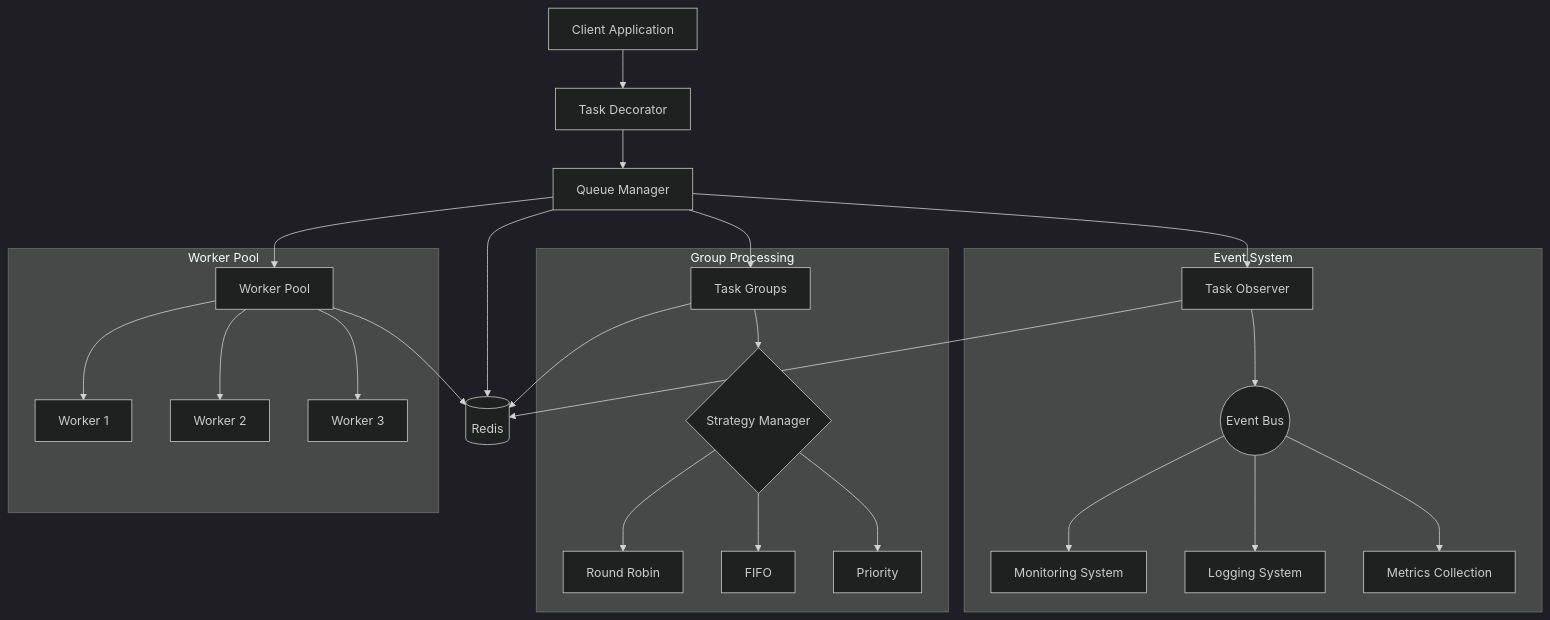
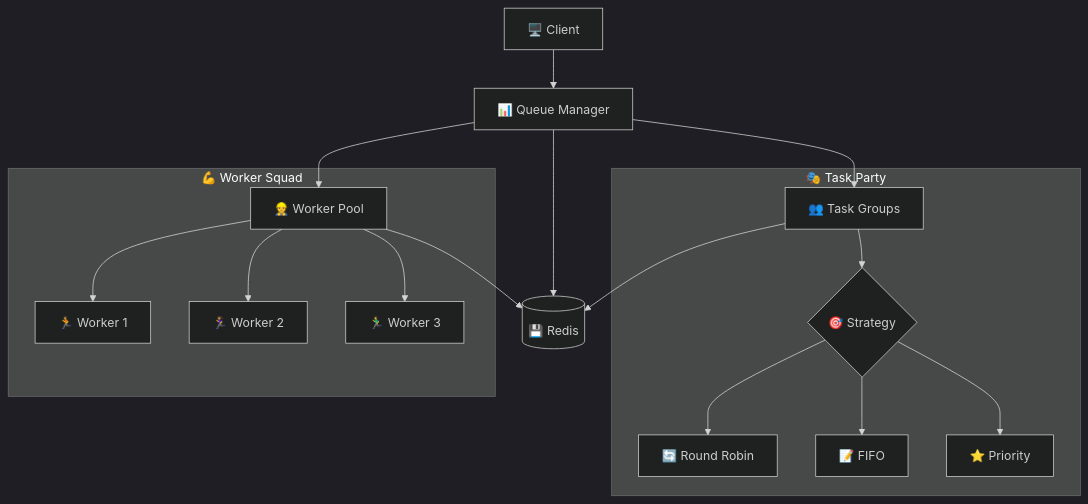
One commit to theboringhumane/cleo changed the first of 4 diagrams in README.md. Above: the diagram before and after it, drawn with Mermaid (dark theme). The commit also changed other lines of this file and 2 other files, not shown here.

````diff
--- a/README.md
+++ b/README.md
@@ -33,32 +57,22 @@
 ```mermaid
 graph TB
-    Client[Client Application] --> Decorator[Task Decorator]
-    Decorator --> QM[Queue Manager]
-    QM --> Redis[(Redis)]
-    QM --> Worker[Worker Pool]
-    QM --> Observer[Task Observer]
-    QM --> Groups[Task Groups]
+    Client[🖥️ Client] --> QM[📊 Queue Manager]
+    QM --> Redis[(💾 Redis)]
+    QM --> Worker[👷 Worker Pool]
+    QM --> Groups[👥 Task Groups]
     Worker --> Redis
-    Observer --> Redis
     Groups --> Redis
     
-    subgraph "Event System"
-        Observer --> Events((Event Bus))
-        Events --> Monitoring[Monitoring System]
-        Events --> Logging[Logging System]
-        Events --> Metrics[Metrics Collection]
+    subgraph "🎭 Task Party"
+        Groups --> Strategy{🎯 Strategy}
+        Strategy --> RR[🔄 Round Robin]
+        Strategy --> FIFO[📝 FIFO]
+        Strategy --> Priority[⭐ Priority]
     end
 
-    subgraph "Group Processing"
-        Groups --> Strategy{Strategy Manager}
-        Strategy --> RR[Round Robin]
-        Strategy --> FIFO[FIFO]
-        Strategy --> Priority[Priority]
-    end
-
-    subgraph "Worker Pool"
-        Worker --> W1[Worker 1]
-        Worker --> W2[Worker 2]
-        Worker --> W3[Worker 3]
+    subgraph "💪 Worker Squad"
+        Worker --> W1[🏃 Worker 1]
+        Worker --> W2[🏃‍♀️ Worker 2]
+        Worker --> W3[🏃‍♂️ Worker 3]
     end
 ```
````
